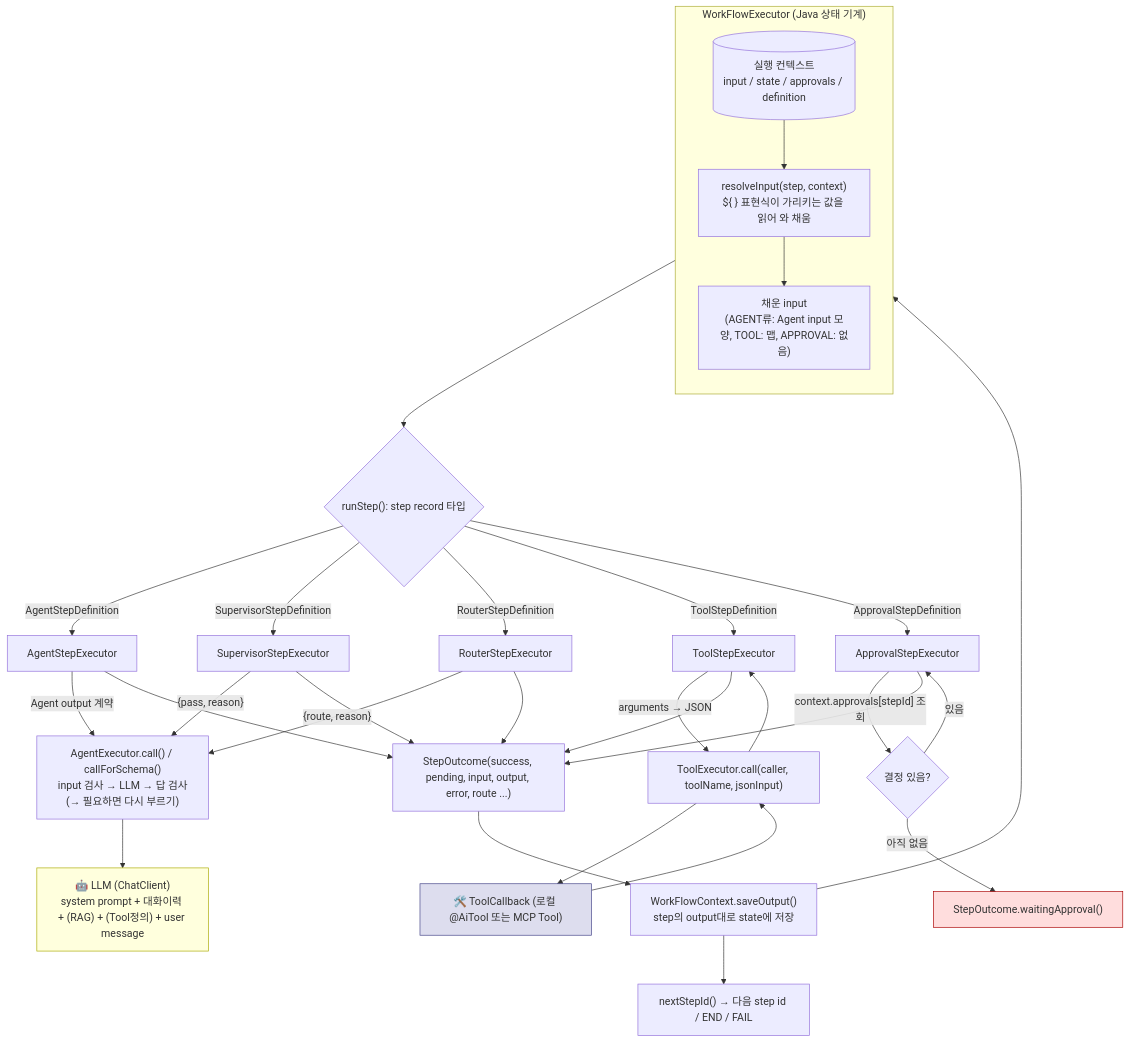
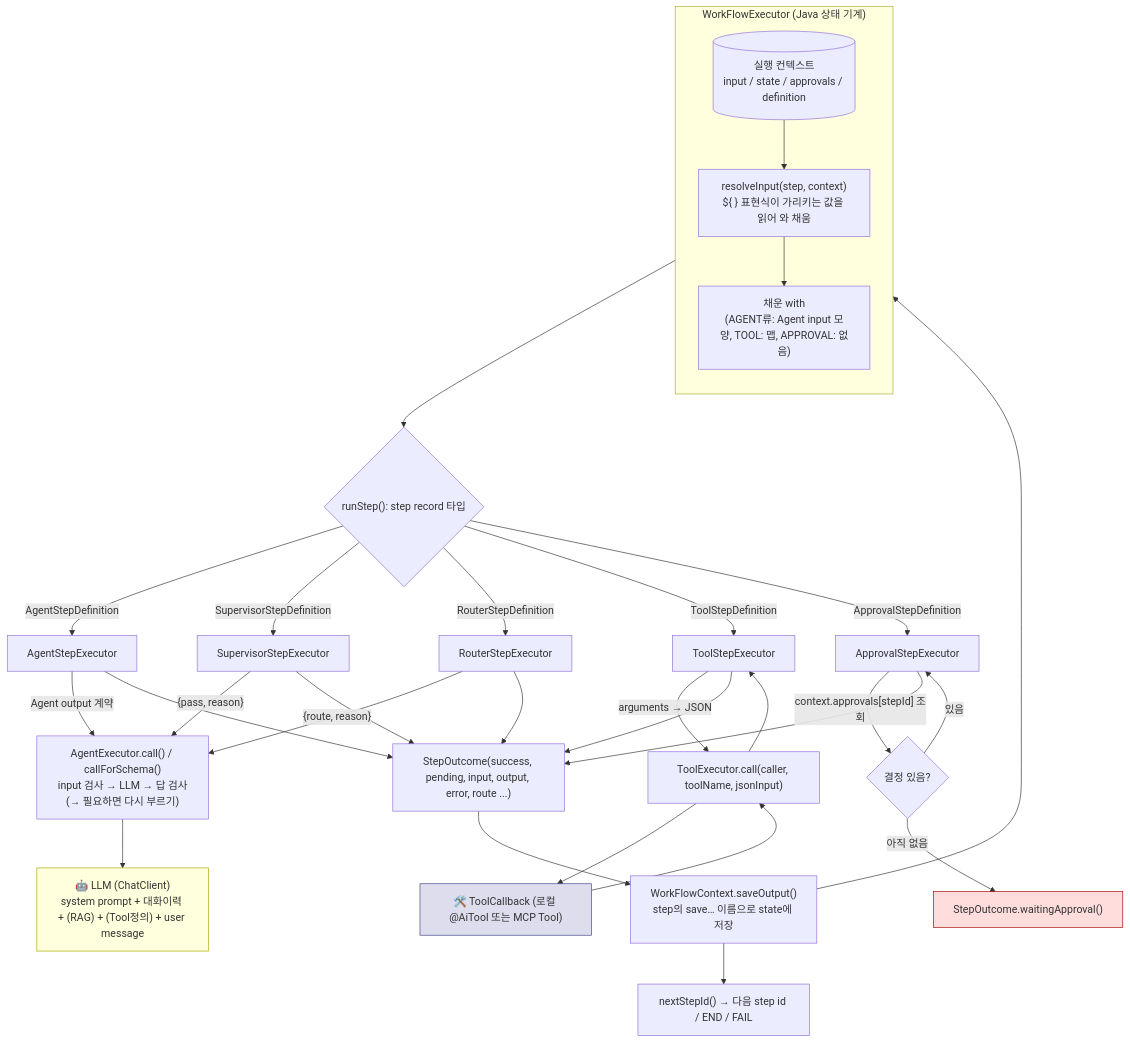
One commit to YongSoekChoeng/dstone changed the fifth of 10 diagrams in docs/09.dstone-ai-engine.md. Above: the diagram before and after it, drawn with Mermaid. The commit also changed other lines of this file and 7 other files, not shown here.

First line of the commit message:
docs: 정의 파일 새 형식(.agent.md, Picoschema, with/save/return/state) 반영

````diff
--- a/docs/09.dstone-ai-engine.md
+++ b/docs/09.dstone-ai-engine.md
@@ -646,44 +646,44 @@
 ```mermaid
 flowchart TD
     subgraph L1["WorkFlowExecutor (Java 상태 기계)"]
         direction TB
         CTX[("실행 컨텍스트\ninput / state / approvals / definition")]
         R["resolveInput(step, context)\n${ } 표현식이 가리키는 값을 읽어 와 채움"]
-        SI["채운 input\n(AGENT류: Agent input 모양, TOOL: 맵, APPROVAL: 없음)"]
+        SI["채운 with\n(AGENT류: Agent input 모양, TOOL: 맵, APPROVAL: 없음)"]
         CTX --> R --> SI
     end
 
     SI --> DISPATCH{"runStep(): step record 타입"}
     DISPATCH -->|AgentStepDefinition| ASR["AgentStepExecutor"]
     DISPATCH -->|SupervisorStepDefinition| SSR["SupervisorStepExecutor"]
     DISPATCH -->|RouterStepDefinition| RSR["RouterStepExecutor"]
     DISPATCH -->|ToolStepDefinition| TSR["ToolStepExecutor"]
     DISPATCH -->|ApprovalStepDefinition| APR["ApprovalStepExecutor"]
 
     ASR -->|"Agent output 계약"| AE["AgentExecutor.call() / callForSchema()\ninput 검사 → LLM → 답 검사(→ 필요하면 다시 부르기)"]
     SSR -->|"{pass, reason}"| AE
     RSR -->|"{route, reason}"| AE
     AE --> LLM["🤖 LLM (ChatClient)\nsystem prompt + 대화이력 + (RAG) + (Tool정의) + user message"]
 
     TSR -->|"arguments → JSON"| TE["ToolExecutor.call(caller, toolName, jsonInput)"]
     TE --> TOOL["🛠️ ToolCallback (로컬 @AiTool 또는 MCP Tool)"]
     TOOL --> TE --> TSR
 
     APR -->|"context.approvals[stepId] 조회"| DECIDE{"결정 있음?"}
     DECIDE -->|"아직 없음"| PENDING["StepOutcome.waitingApproval()"]
     DECIDE -->|"있음"| APR
 
     ASR --> SO["StepOutcome(success, pending, input, output, error, route ...)"]
     SSR --> SO
     RSR --> SO
     TSR --> SO
     APR --> SO
 
-    SO --> REC["WorkFlowContext.saveOutput()\nstep의 output대로 state에 저장"]
+    SO --> REC["WorkFlowContext.saveOutput()\nstep의 save… 이름으로 state에 저장"]
     REC --> CTX
     REC --> NEXT["nextStepId() → 다음 step id / END / FAIL"]
 
     style LLM fill:#ffd,stroke:#aa0
     style TOOL fill:#dde,stroke:#448
     style PENDING fill:#fdd,stroke:#a00
 ```
````
